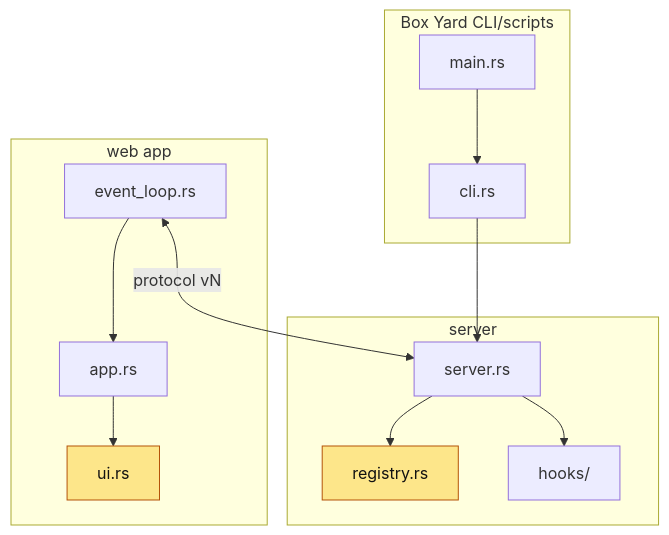
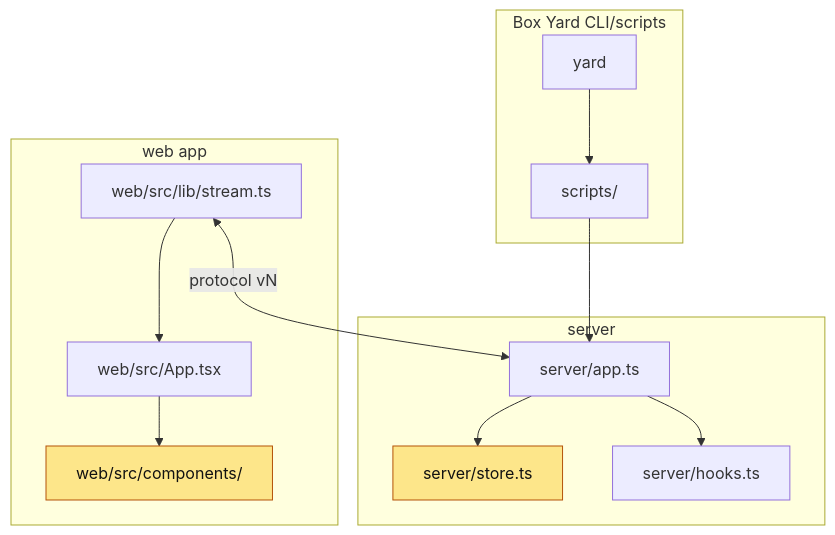
The diagram in .claude/skills/pr-description/templates/07-collapsible.md (AgentSystemLabs/box-yard), drawn with Mermaid before and after one commit. The commit also changed other lines of this file and 10 other files, not shown here.

````diff
--- a/.claude/skills/pr-description/templates/07-collapsible.md
+++ b/.claude/skills/pr-description/templates/07-collapsible.md
@@ -47,17 +47,17 @@
 ```mermaid
 flowchart TB
   subgraph cli["Box Yard CLI/scripts"]
-    M[main.rs] --> CL[cli.rs]
+    M[yard] --> CL["scripts/"]
   end
   subgraph server["server"]
-    S[server.rs] --> R[registry.rs]
-    S --> H[hooks/]
+    S["server/app.ts"] --> R["server/store.ts"]
+    S --> H["server/hooks.ts"]
   end
-  subgraph web app["web app"]
-    E[event_loop.rs] --> A[app.rs] --> UI[ui.rs]
+  subgraph web["web app"]
+    E["web/src/lib/stream.ts"] --> A["web/src/App.tsx"] --> UI["web/src/components/"]
   end
   CL --> S
   E <-->|"protocol vN"| S
   classDef changed fill:#fde68a,stroke:#b45309,color:#111
   class R,UI changed
 ```
````
